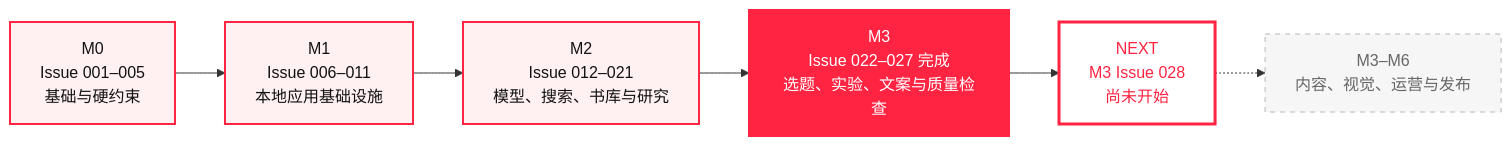
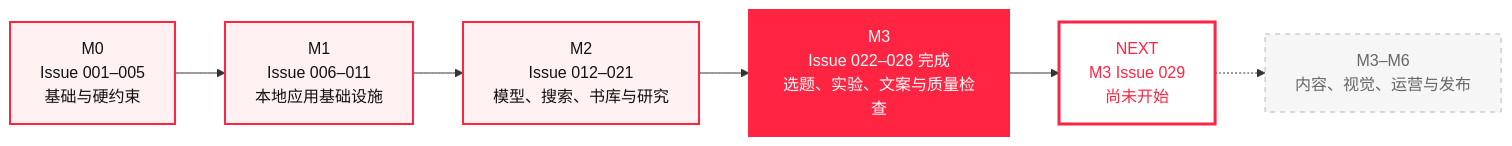
The first of 2 diagrams in README.md (KAtOReNA7/Rednote-Automated-Operation-Tool), drawn with Mermaid before and after one commit. The commit also changed other lines of this file and 23 other files, not shown here.

````diff
--- a/README.md
+++ b/README.md
@@ -73,18 +76,18 @@
 ```mermaid
 flowchart LR
     M0["M0<br/>Issue 001–005<br/>基础与硬约束"] --> M1["M1<br/>Issue 006–011<br/>本地应用基础设施"]
     M1 --> M2["M2<br/>Issue 012–021<br/>模型、搜索、书库与研究"]
-    M2 --> M3["M3<br/>Issue 022–027 完成<br/>选题、实验、文案与质量检查"]
-    M3 --> NEXT["NEXT<br/>M3 Issue 028<br/>尚未开始"]
+    M2 --> M3["M3<br/>Issue 022–028 完成<br/>选题、实验、文案与质量检查"]
+    M3 --> NEXT["NEXT<br/>M3 Issue 029<br/>尚未开始"]
     NEXT -.-> FUTURE["M3–M6<br/>内容、视觉、运营与发布"]
 
     classDef done fill:#fff0f2,stroke:#ff2442,color:#111,stroke-width:2px;
     classDef active fill:#ff2442,stroke:#ff2442,color:#fff,stroke-width:2px;
     classDef next fill:#fff,stroke:#ff2442,color:#ff2442,stroke-width:3px;
     classDef future fill:#f6f6f6,stroke:#b8b8b8,color:#666,stroke-dasharray:5 5;
 
     class M0,M1,M2 done;
     class M3 active;
     class NEXT next;
     class FUTURE future;
 ```
````
